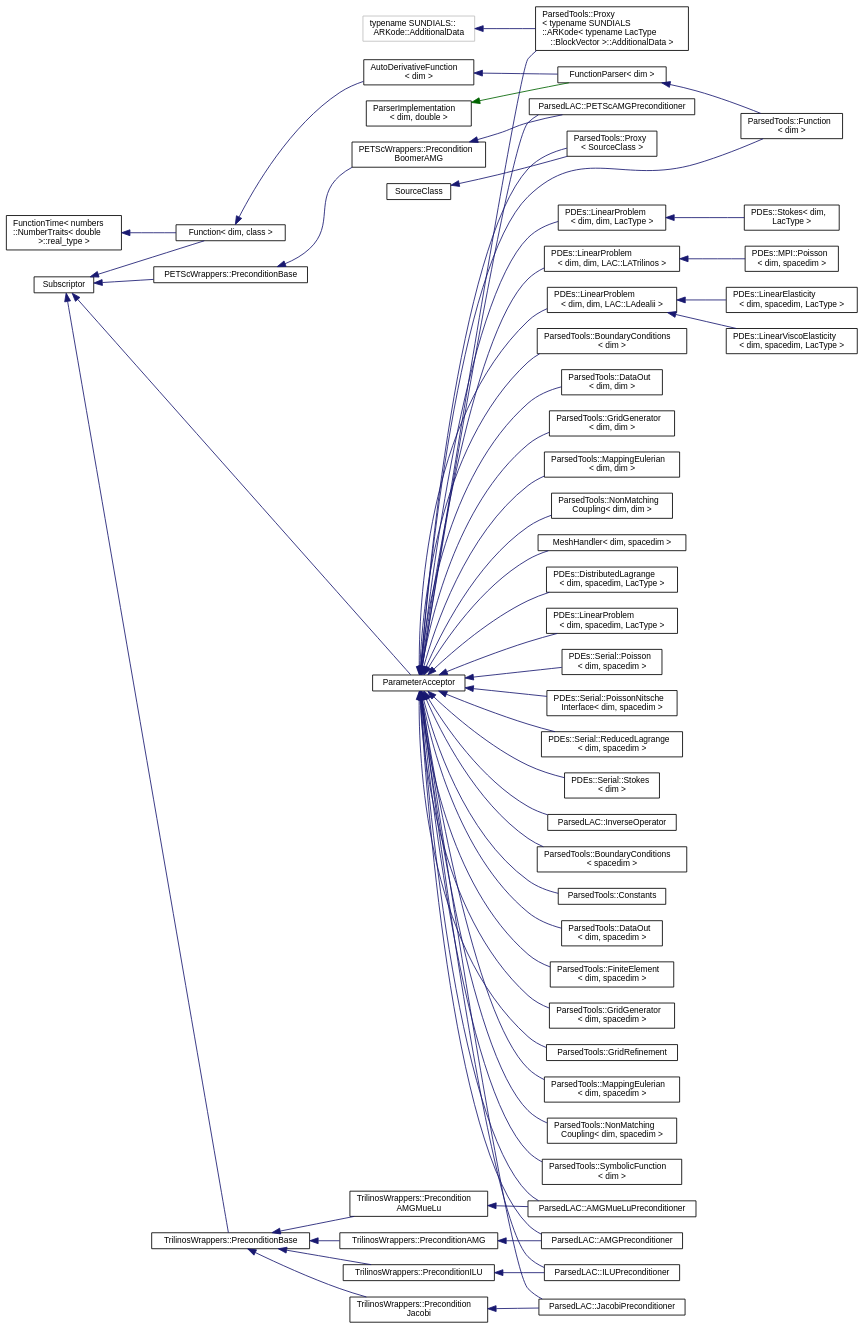
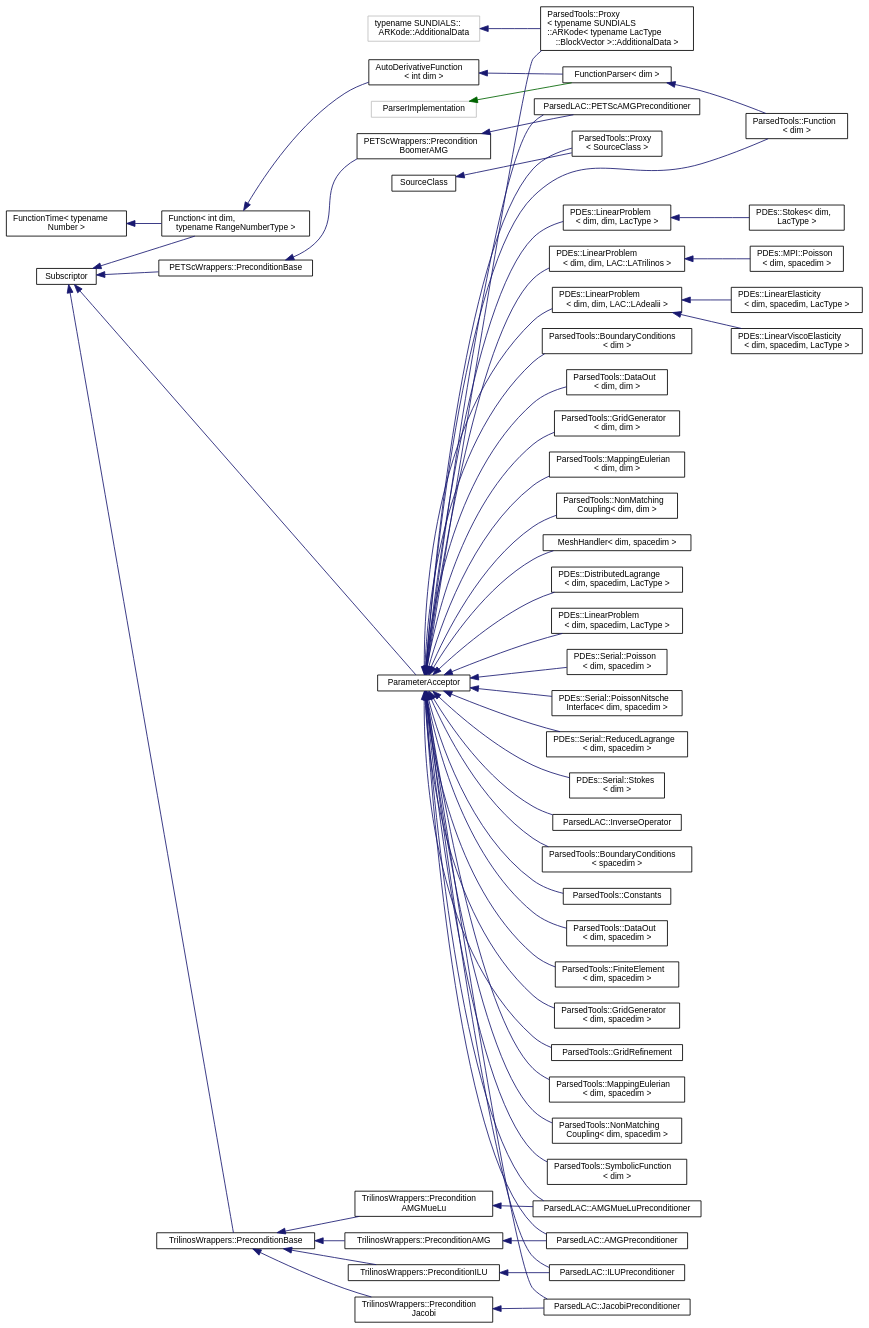
Before and after one commit to luca-heltai/fsi-suite: the diagram in inherit_graph_13.dot, drawn with Graphviz. The commit also changed 703 other files, not shown here.

```diff
--- a/inherit_graph_13.dot
+++ b/inherit_graph_13.dot
@@ -8,16 +8,16 @@
   Node1 [label="typename SUNDIALS::\lARKode::AdditionalData",height=0.2,width=0.4,color="grey75",tooltip=" "];
   Node1 -> Node0 [dir="back",color="midnightblue",fontsize="10",style="solid",fontname="Helvetica"];
   Node0 [label="ParsedTools::Proxy\l\< typename SUNDIALS\l::ARKode\< typename LacType\l::BlockVector \>::AdditionalData \>",height=0.2,width=0.4,color="black",URL="$class_parsed_tools_1_1_proxy.html",tooltip=" "];
-  Node9 [label="FunctionTime\< numbers\l::NumberTraits\< double\l \>::real_type \>",height=0.2,width=0.4,color="black",URL="/__w/fsi-suite/fsi-suite/deal.tag$classFunctionTime.html",tooltip=" "];
+  Node9 [label="FunctionTime\< typename\l Number \>",height=0.2,width=0.4,color="black",URL="/__w/fsi-suite/fsi-suite/deal.tag$classFunctionTime.html",tooltip=" "];
   Node9 -> Node10 [dir="back",color="midnightblue",fontsize="10",style="solid",fontname="Helvetica"];
-  Node10 [label="Function\< dim, class \>",height=0.2,width=0.4,color="black",URL="/__w/fsi-suite/fsi-suite/deal.tag$classFunction.html",tooltip=" "];
+  Node10 [label="Function\< int dim,\l typename RangeNumberType \>",height=0.2,width=0.4,color="black",URL="/__w/fsi-suite/fsi-suite/deal.tag$classFunction.html",tooltip=" "];
   Node10 -> Node11 [dir="back",color="midnightblue",fontsize="10",style="solid",fontname="Helvetica"];
-  Node11 [label="AutoDerivativeFunction\l\< dim \>",height=0.2,width=0.4,color="black",URL="/__w/fsi-suite/fsi-suite/deal.tag$classAutoDerivativeFunction.html",tooltip=" "];
+  Node11 [label="AutoDerivativeFunction\l\< int dim \>",height=0.2,width=0.4,color="black",URL="/__w/fsi-suite/fsi-suite/deal.tag$classAutoDerivativeFunction.html",tooltip=" "];
   Node11 -> Node12 [dir="back",color="midnightblue",fontsize="10",style="solid",fontname="Helvetica"];
   Node12 [label="FunctionParser\< dim \>",height=0.2,width=0.4,color="black",URL="/__w/fsi-suite/fsi-suite/deal.tag$classFunctionParser.html",tooltip=" "];
   Node12 -> Node13 [dir="back",color="midnightblue",fontsize="10",style="solid",fontname="Helvetica"];
   Node13 [label="ParsedTools::Function\l\< dim \>",height=0.2,width=0.4,color="black",URL="$class_parsed_tools_1_1_function.html",tooltip="A wrapper for the FunctionParser class."];
-  Node19 [label="ParserImplementation\l\< dim, double \>",height=0.2,width=0.4,color="black",URL="/__w/fsi-suite/fsi-suite/deal.tag$classinternal_1_1FunctionParser_1_1ParserImplementation.html",tooltip=" "];
+  Node19 [label="ParserImplementation",height=0.2,width=0.4,color="grey75",tooltip=" "];
   Node19 -> Node12 [dir="back",color="darkgreen",fontsize="10",style="solid",fontname="Helvetica"];
   Node23 [label="SourceClass",height=0.2,width=0.4,color="black",URL="/__w/fsi-suite/fsi-suite/deal.tag$classSourceClass.html",tooltip=" "];
   Node23 -> Node24 [dir="back",color="midnightblue",fontsize="10",style="solid",fontname="Helvetica"];
```
